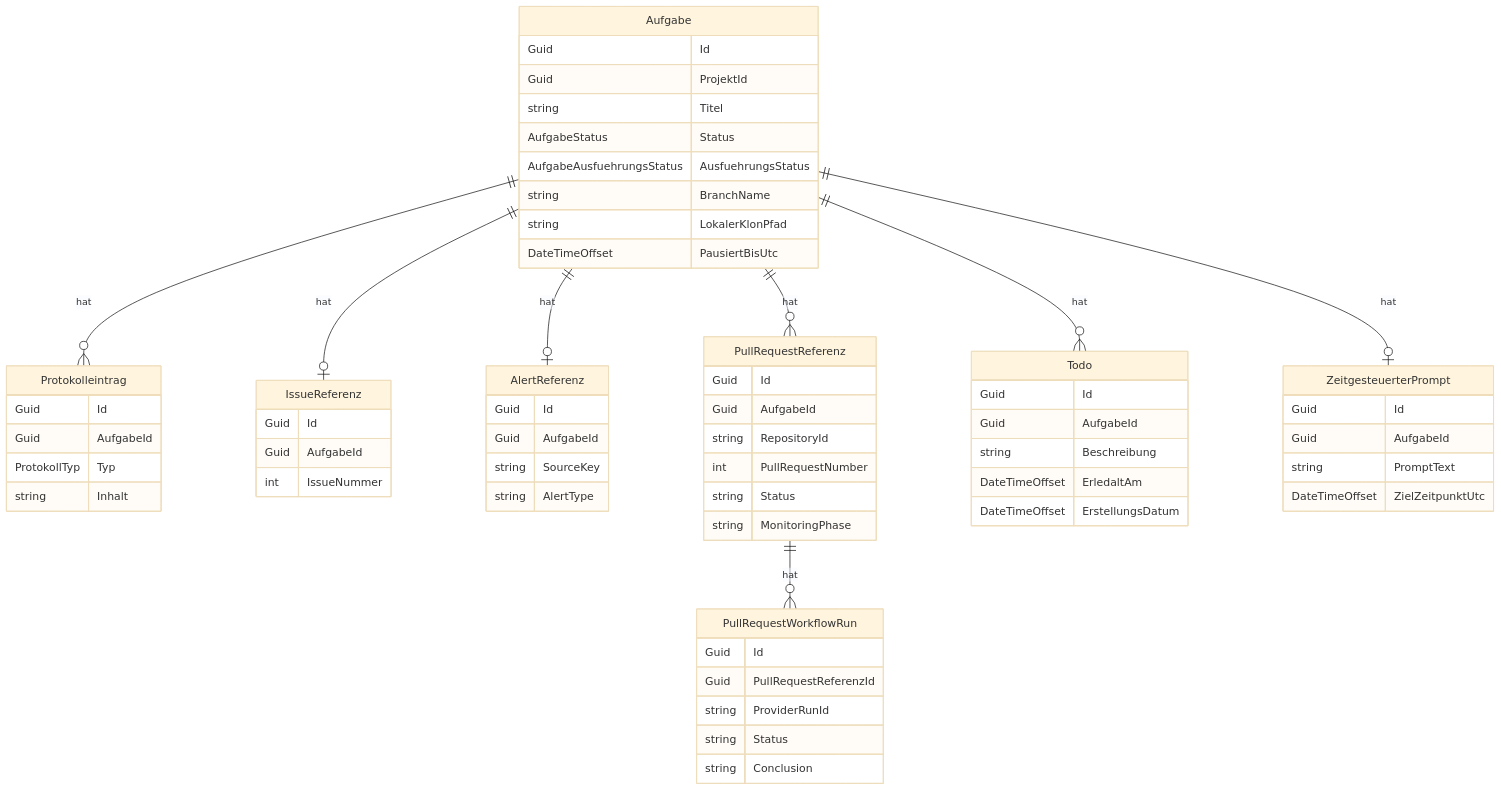
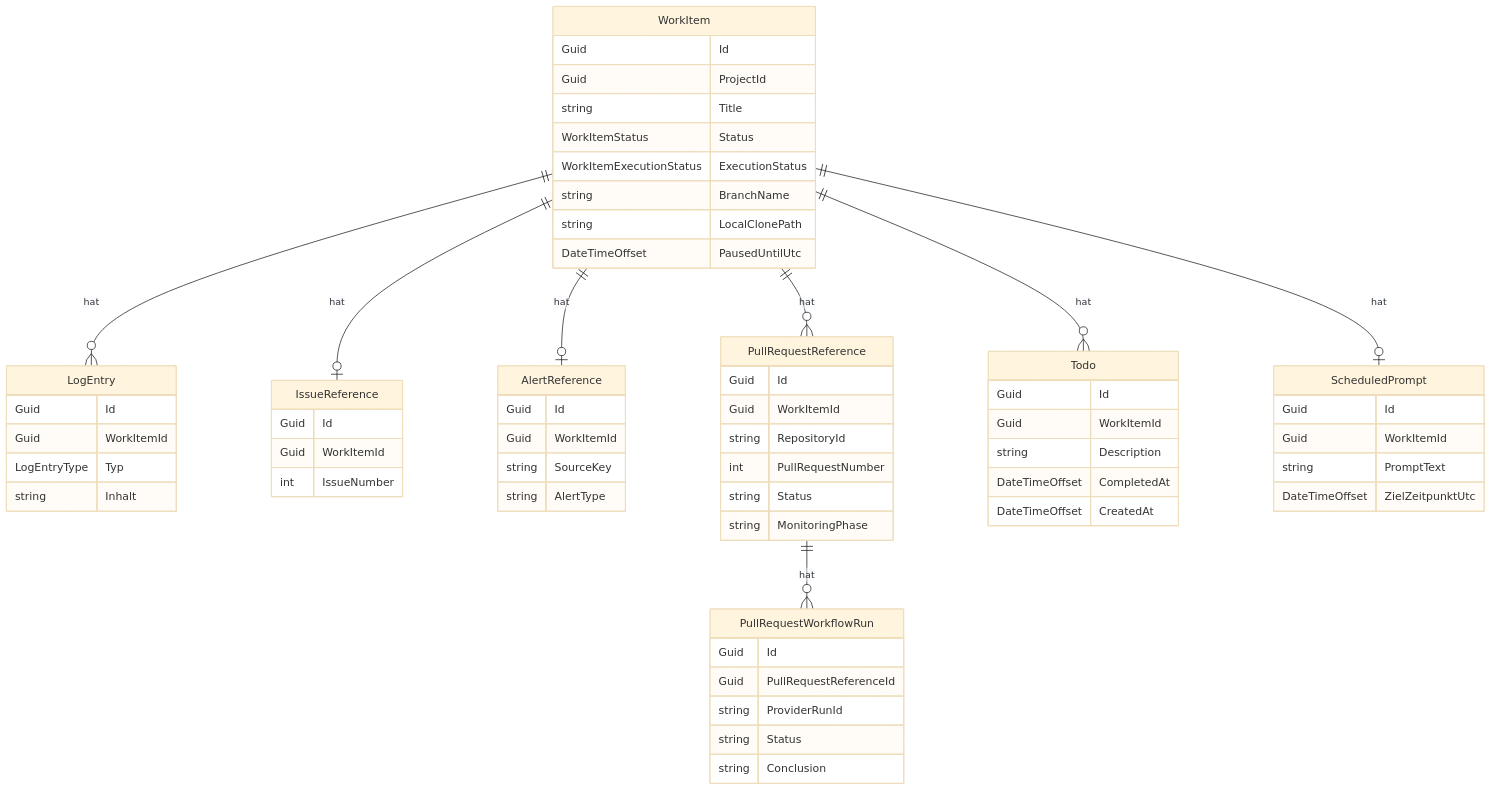
The second of 2 diagrams in docs/help/aufgaben/datenmodell.md (martin-stromberg/Softwareschmiede), drawn with Mermaid (base theme) before and after one commit. The commit also changed other lines of this file and 76 other files, not shown here.

````diff
--- a/docs/help/aufgaben/datenmodell.md
+++ b/docs/help/aufgaben/datenmodell.md
@@ -171,65 +171,65 @@
 ```mermaid
 erDiagram
-    Aufgabe {
+    WorkItem {
         Guid Id
-        Guid ProjektId
-        string Titel
-        AufgabeStatus Status
-        AufgabeAusfuehrungsStatus AusfuehrungsStatus
+        Guid ProjectId
+        string Title
+        WorkItemStatus Status
+        WorkItemExecutionStatus ExecutionStatus
         string BranchName
-        string LokalerKlonPfad
-        DateTimeOffset PausiertBisUtc
+        string LocalClonePath
+        DateTimeOffset PausedUntilUtc
     }
-    Protokolleintrag {
+    LogEntry {
         Guid Id
-        Guid AufgabeId
-        ProtokollTyp Typ
+        Guid WorkItemId
+        LogEntryType Typ
         string Inhalt
     }
-    IssueReferenz {
+    IssueReference {
         Guid Id
-        Guid AufgabeId
-        int IssueNummer
+        Guid WorkItemId
+        int IssueNumber
     }
-    AlertReferenz {
+    AlertReference {
         Guid Id
-        Guid AufgabeId
+        Guid WorkItemId
         string SourceKey
         string AlertType
     }
-    PullRequestReferenz {
+    PullRequestReference {
         Guid Id
-        Guid AufgabeId
+        Guid WorkItemId
         string RepositoryId
         int PullRequestNumber
         string Status
         string MonitoringPhase
     }
     PullRequestWorkflowRun {
         Guid Id
-        Guid PullRequestReferenzId
+        Guid PullRequestReferenceId
         string ProviderRunId
         string Status
         string Conclusion
     }
     Todo {
         Guid Id
-        Guid AufgabeId
-        string Beschreibung
-        DateTimeOffset ErledaltAm
-        DateTimeOffset ErstellungsDatum
+        Guid WorkItemId
+        string Description
+        DateTimeOffset CompletedAt
+        DateTimeOffset CreatedAt
     }
-    ZeitgesteuerterPrompt {
+    ScheduledPrompt {
         Guid Id
-        Guid AufgabeId
+        Guid WorkItemId
         string PromptText
         DateTimeOffset ZielZeitpunktUtc
     }
-    Aufgabe ||--o{ Protokolleintrag : "hat"
-    Aufgabe ||--o| IssueReferenz : "hat"
-    Aufgabe ||--o| AlertReferenz : "hat"
-    Aufgabe ||--o{ PullRequestReferenz : "hat"
-    Aufgabe ||--o{ Todo : "hat"
-    Aufgabe ||--o| ZeitgesteuerterPrompt : "hat"
-    PullRequestReferenz ||--o{ PullRequestWorkflowRun : "hat"
+    WorkItem ||--o{ LogEntry : "hat"
+    WorkItem ||--o| IssueReference : "hat"
+    WorkItem ||--o| AlertReference : "hat"
+    WorkItem ||--o{ PullRequestReference : "hat"
+    WorkItem ||--o{ Todo : "hat"
+    WorkItem ||--o| ScheduledPrompt : "hat"
+    PullRequestReference ||--o{ PullRequestWorkflowRun : "hat"
 ```
````
